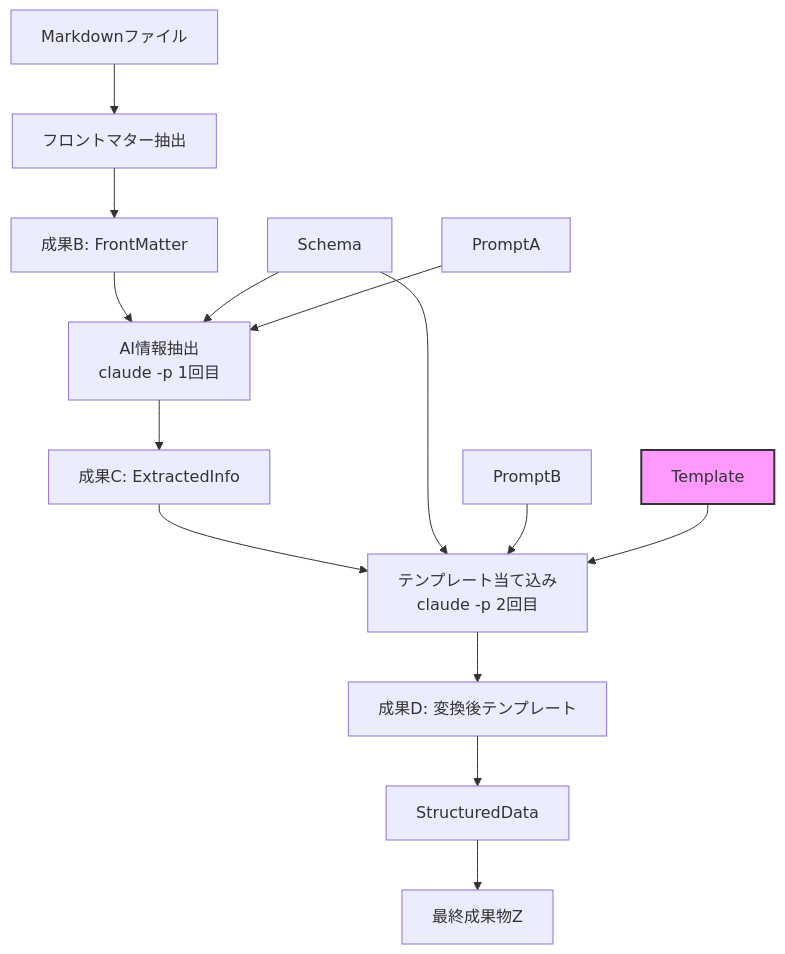
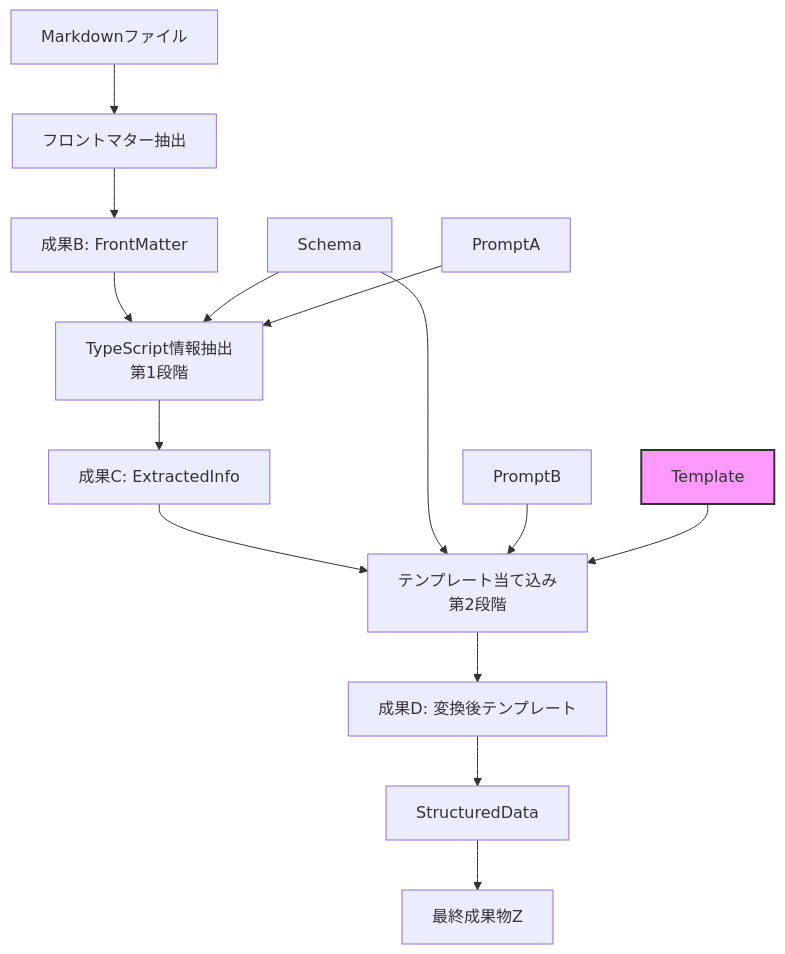
Before and after one commit to tettuan/frontmatter-to-schema: the first of 2 diagrams in docs/domain/architecture/ai-template-generation.md, drawn with Mermaid. The commit also changed other lines of this file and 16 other files, not shown here.

````diff
--- a/docs/domain/architecture/ai-template-generation.md
+++ b/docs/domain/architecture/ai-template-generation.md
@@ -436,19 +436,19 @@
 ```mermaid
 graph TD
     A[Markdownファイル] --> B[フロントマター抽出]
     B --> C[成果B: FrontMatter]
-    C --> D[AI情報抽出<br/>claude -p 1回目]
+    C --> D[TypeScript情報抽出<br/>第1段階]
     D --> E[成果C: ExtractedInfo]
-    E --> F[テンプレート当て込み<br/>claude -p 2回目]
+    E --> F[テンプレート当て込み<br/>第2段階]
     F --> G[成果D: 変換後テンプレート]
     G --> H[StructuredData]
     H --> I[最終成果物Z]
     
     J[Schema] --> D
     J --> F
     K[PromptA] --> D
     L[PromptB] --> F
     M[Template] --> F
     
     style M fill:#f9f,stroke:#333,stroke-width:2px
 ```
````
